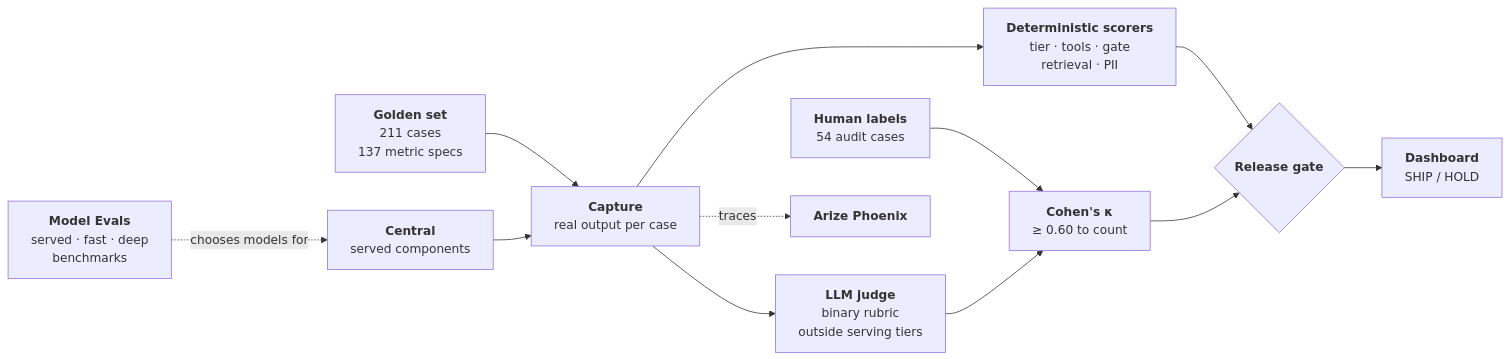
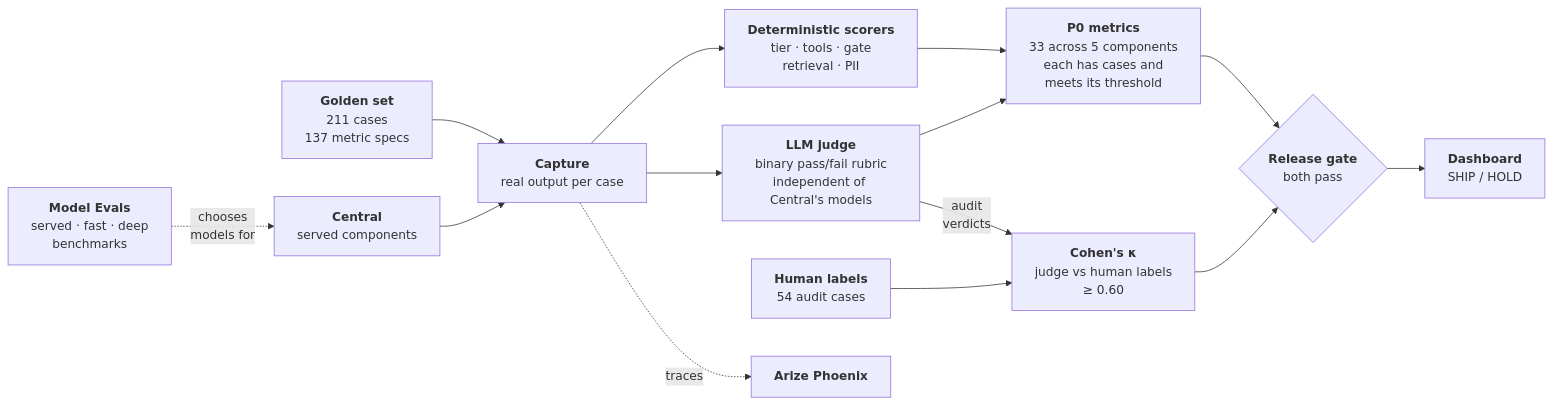
Before and after one commit to michaelma-ai/portfolio: the diagram in eval_harness/assets/system-design.mmd, drawn with Mermaid. The commit also changed 5 other files, not shown here.

First line of the commit message:
System design charts: roomier layout, full-size link, accurate release gate

```diff
--- a/eval_harness/assets/system-design.mmd
+++ b/eval_harness/assets/system-design.mmd
@@ -1,25 +1,34 @@
 flowchart LR
     Golden["`**Golden set**
 211 cases
 137 metric specs`"] --> Capture
     Central["`**Central**
 served components`"] --> Capture["`**Capture**
 real output per case`"]
     ModelEvals["`**Model Evals**
 served · fast · deep
-benchmarks`"] -. "chooses models for" .-> Central
+benchmarks`"] -. "`chooses
+models for`" .-> Central
     Capture --> Score["`**Deterministic scorers**
 tier · tools · gate
 retrieval · PII`"]
     Capture --> Judge["`**LLM judge**
-binary rubric
-outside serving tiers`"]
+binary pass/fail rubric
+independent of Central's models`"]
+    Score --> Metrics["`**P0 metrics**
+33 across 5 components
+each has cases and
+meets its threshold`"]
+    Judge --> Metrics
+    Judge -- "`audit
+verdicts`" --> Kappa["`**Cohen's κ**
+judge vs human labels
+≥ 0.60`"]
     Labels["`**Human labels**
-54 audit cases`"] --> Kappa["`**Cohen's κ**
-≥ 0.60 to count`"]
-    Judge --> Kappa
-    Score --> Gate{"`**Release gate**`"}
+54 audit cases`"] --> Kappa
+    Metrics --> Gate{"`**Release gate**
+both pass`"}
     Kappa --> Gate
     Gate --> Dash["`**Dashboard**
 SHIP / HOLD`"]
     Capture -. "traces" .-> Phoenix["`**Arize Phoenix**`"]
```
